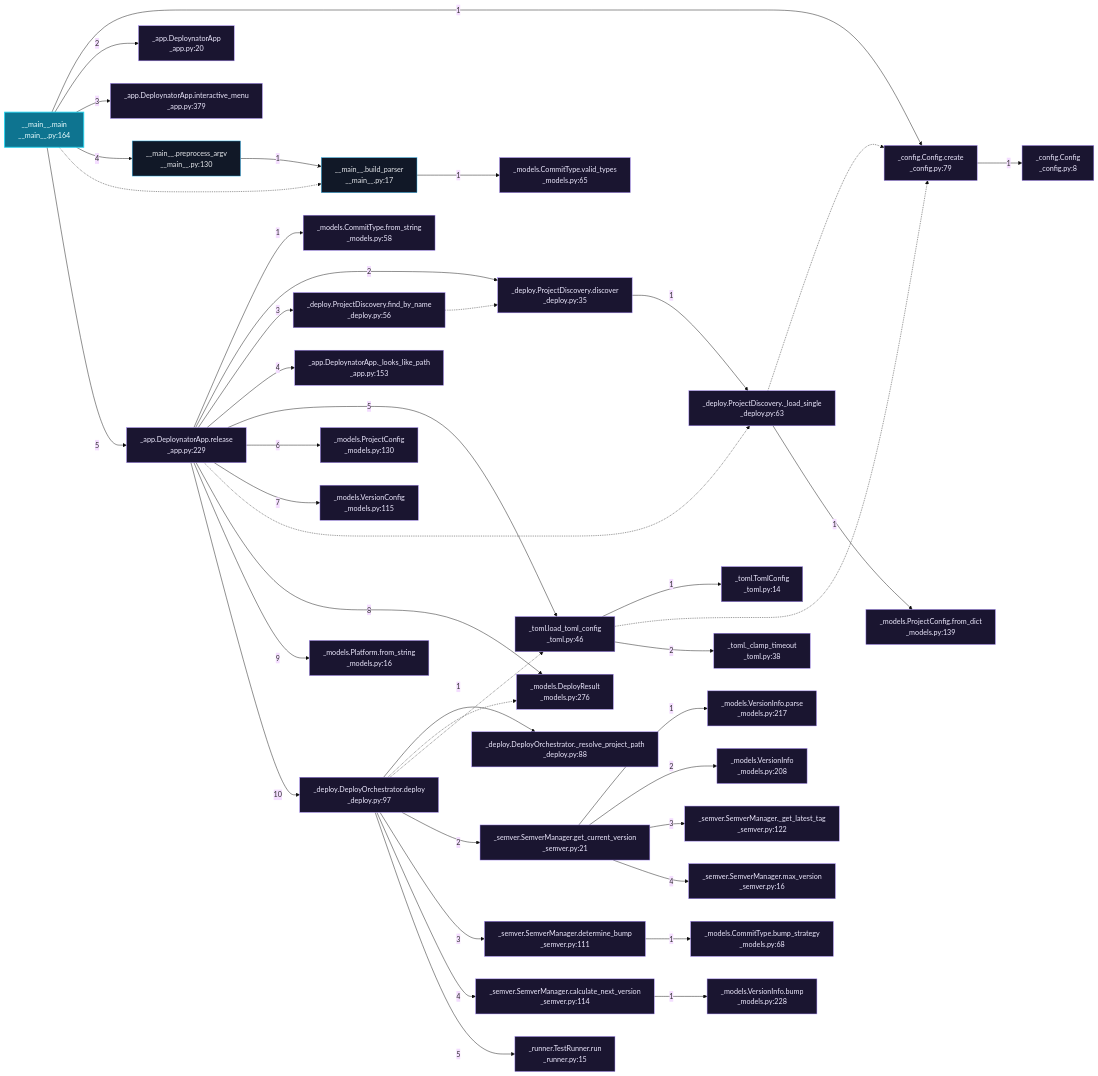
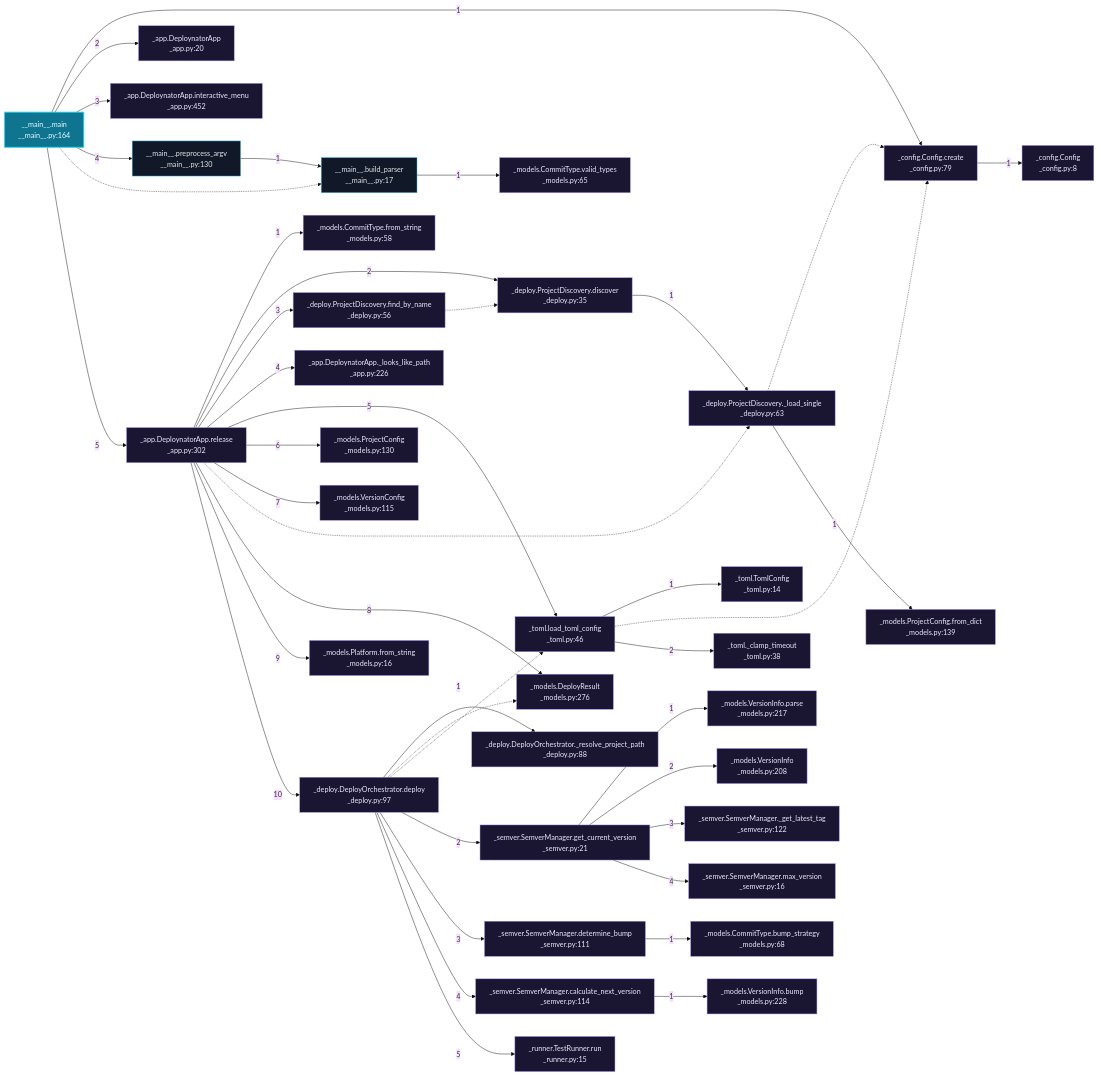
One commit to grisuno/deploynator changed the third of 8 diagrams in readmenator-apidocs/architecture.md. Above: the diagram before and after it, drawn with Mermaid (base theme). The commit also changed other lines of this file and 100 other files, not shown here.

````diff
--- a/readmenator-apidocs/architecture.md
+++ b/readmenator-apidocs/architecture.md
@@ -179,80 +179,80 @@
 ```mermaid
 flowchart LR
     classDef default fill:#111827,stroke:#38bdf8,color:#e5e7eb;
     classDef entry fill:#0e7490,stroke:#22d3ee,color:#ecfeff,stroke-width:2px;
     classDef external fill:#1a1530,stroke:#a78bfa,color:#ede9fe;
     n_deploynator___main___py__main["__main__.main<br/>__main__.py:164"]:::entry
     n_deploynator__config_py__create["_config.Config.create<br/>_config.py:79"]:::external
     n_deploynator__config_py__Config["_config.Config<br/>_config.py:8"]:::external
     n_deploynator__app_py__DeploynatorApp["_app.DeploynatorApp<br/>_app.py:20"]:::external
-    n_deploynator__app_py__interactive_menu["_app.DeploynatorApp.interactive_menu<br/>_app.py:379"]:::external
+    n_deploynator__app_py__interactive_menu["_app.DeploynatorApp.interactive_menu<br/>_app.py:452"]:::external
     n_deploynator___main___py__preprocess_argv["__main__.preprocess_argv<br/>__main__.py:130"]:::default
     n_deploynator___main___py__build_parser["__main__.build_parser<br/>__main__.py:17"]:::default
     n_deploynator__models_py__valid_types["_models.CommitType.valid_types<br/>_models.py:65"]:::external
-    n_deploynator__app_py__release["_app.DeploynatorApp.release<br/>_app.py:229"]:::external
+    n_deploynator__app_py__release["_app.DeploynatorApp.release<br/>_app.py:302"]:::external
     n_deploynator__models_py__from_string_58["_models.CommitType.from_string<br/>_models.py:58"]:::external
     n_deploynator__deploy_py__discover["_deploy.ProjectDiscovery.discover<br/>_deploy.py:35"]:::external
     n_deploynator__deploy_py___load_single["_deploy.ProjectDiscovery._load_single<br/>_deploy.py:63"]:::external
     n_deploynator__models_py__from_dict_139["_models.ProjectConfig.from_dict<br/>_models.py:139"]:::external
     n_deploynator__deploy_py__find_by_name["_deploy.ProjectDiscovery.find_by_name<br/>_deploy.py:56"]:::external
-    n_deploynator__app_py___looks_like_path["_app.DeploynatorApp._looks_like_path<br/>_app.py:153"]:::external
+    n_deploynator__app_py___looks_like_path["_app.DeploynatorApp._looks_like_path<br/>_app.py:226"]:::external
     n_deploynator__toml_py__load_toml_config["_toml.load_toml_config<br/>_toml.py:46"]:::external
     n_deploynator__toml_py__TomlConfig["_toml.TomlConfig<br/>_toml.py:14"]:::external
     n_deploynator__toml_py___clamp_timeout["_toml._clamp_timeout<br/>_toml.py:38"]:::external
     n_deploynator__models_py__ProjectConfig["_models.ProjectConfig<br/>_models.py:130"]:::external
     n_deploynator__models_py__VersionConfig["_models.VersionConfig<br/>_models.py:115"]:::external
     n_deploynator__models_py__DeployResult["_models.DeployResult<br/>_models.py:276"]:::external
     n_deploynator__models_py__from_string["_models.Platform.from_string<br/>_models.py:16"]:::external
     n_deploynator__deploy_py__deploy["_deploy.DeployOrchestrator.deploy<br/>_deploy.py:97"]:::external
     n_deploynator__deploy_py___resolve_project_path["_deploy.DeployOrchestrator._resolve_project_path<br/>_deploy.py:88"]:::external
     n_deploynator__semver_py__get_current_version["_semver.SemverManager.get_current_version<br/>_semver.py:21"]:::external
     n_deploynator__models_py__parse_217["_models.VersionInfo.parse<br/>_models.py:217"]:::external
     n_deploynator__models_py__VersionInfo["_models.VersionInfo<br/>_models.py:208"]:::external
     n_deploynator__semver_py___get_latest_tag["_semver.SemverManager._get_latest_tag<br/>_semver.py:122"]:::external
     n_deploynator__semver_py__max_version["_semver.SemverManager.max_version<br/>_semver.py:16"]:::external
     n_deploynator__semver_py__determine_bump["_semver.SemverManager.determine_bump<br/>_semver.py:111"]:::external
     n_deploynator__models_py__bump_strategy["_models.CommitType.bump_strategy<br/>_models.py:68"]:::external
     n_deploynator__semver_py__calculate_next_version["_semver.SemverManager.calculate_next_version<br/>_semver.py:114"]:::external
     n_deploynator__models_py__bump["_models.VersionInfo.bump<br/>_models.py:228"]:::external
     n_deploynator__runner_py__run["_runner.TestRunner.run<br/>_runner.py:15"]:::external
     n_deploynator___main___py__main -->|"1"| n_deploynator__config_py__create
     n_deploynator__config_py__create -->|"1"| n_deploynator__config_py__Config
     n_deploynator___main___py__main -->|"2"| n_deploynator__app_py__DeploynatorApp
     n_deploynator___main___py__main -->|"3"| n_deploynator__app_py__interactive_menu
     n_deploynator___main___py__main -->|"4"| n_deploynator___main___py__preprocess_argv
     n_deploynator___main___py__preprocess_argv -->|"1"| n_deploynator___main___py__build_parser
     n_deploynator___main___py__build_parser -->|"1"| n_deploynator__models_py__valid_types
     n_deploynator___main___py__main -.-> n_deploynator___main___py__build_parser
     n_deploynator___main___py__main -->|"5"| n_deploynator__app_py__release
     n_deploynator__app_py__release -->|"1"| n_deploynator__models_py__from_string_58
     n_deploynator__app_py__release -->|"2"| n_deploynator__deploy_py__discover
     n_deploynator__deploy_py__discover -->|"1"| n_deploynator__deploy_py___load_single
     n_deploynator__deploy_py___load_single -.-> n_deploynator__config_py__create
     n_deploynator__deploy_py___load_single -->|"1"| n_deploynator__models_py__from_dict_139
     n_deploynator__app_py__release -->|"3"| n_deploynator__deploy_py__find_by_name
     n_deploynator__deploy_py__find_by_name -.-> n_deploynator__deploy_py__discover
     n_deploynator__app_py__release -->|"4"| n_deploynator__app_py___looks_like_path
     n_deploynator__app_py__release -->|"5"| n_deploynator__toml_py__load_toml_config
     n_deploynator__toml_py__load_toml_config -->|"1"| n_deploynator__toml_py__TomlConfig
     n_deploynator__toml_py__load_toml_config -.-> n_deploynator__config_py__create
     n_deploynator__toml_py__load_toml_config -->|"2"| n_deploynator__toml_py___clamp_timeout
     n_deploynator__app_py__release -->|"6"| n_deploynator__models_py__ProjectConfig
     n_deploynator__app_py__release -->|"7"| n_deploynator__models_py__VersionConfig
     n_deploynator__app_py__release -.-> n_deploynator__deploy_py___load_single
     n_deploynator__app_py__release -->|"8"| n_deploynator__models_py__DeployResult
     n_deploynator__app_py__release -->|"9"| n_deploynator__models_py__from_string
     n_deploynator__app_py__release -->|"10"| n_deploynator__deploy_py__deploy
     n_deploynator__deploy_py__deploy -->|"1"| n_deploynator__deploy_py___resolve_project_path
     n_deploynator__deploy_py__deploy -.-> n_deploynator__models_py__DeployResult
     n_deploynator__deploy_py__deploy -.-> n_deploynator__toml_py__load_toml_config
     n_deploynator__deploy_py__deploy -->|"2"| n_deploynator__semver_py__get_current_version
     n_deploynator__semver_py__get_current_version -->|"1"| n_deploynator__models_py__parse_217
     n_deploynator__semver_py__get_current_version -->|"2"| n_deploynator__models_py__VersionInfo
     n_deploynator__semver_py__get_current_version -->|"3"| n_deploynator__semver_py___get_latest_tag
     n_deploynator__semver_py__get_current_version -->|"4"| n_deploynator__semver_py__max_version
     n_deploynator__deploy_py__deploy -->|"3"| n_deploynator__semver_py__determine_bump
     n_deploynator__semver_py__determine_bump -->|"1"| n_deploynator__models_py__bump_strategy
     n_deploynator__deploy_py__deploy -->|"4"| n_deploynator__semver_py__calculate_next_version
     n_deploynator__semver_py__calculate_next_version -->|"1"| n_deploynator__models_py__bump
     n_deploynator__deploy_py__deploy -->|"5"| n_deploynator__runner_py__run
 ```
````
